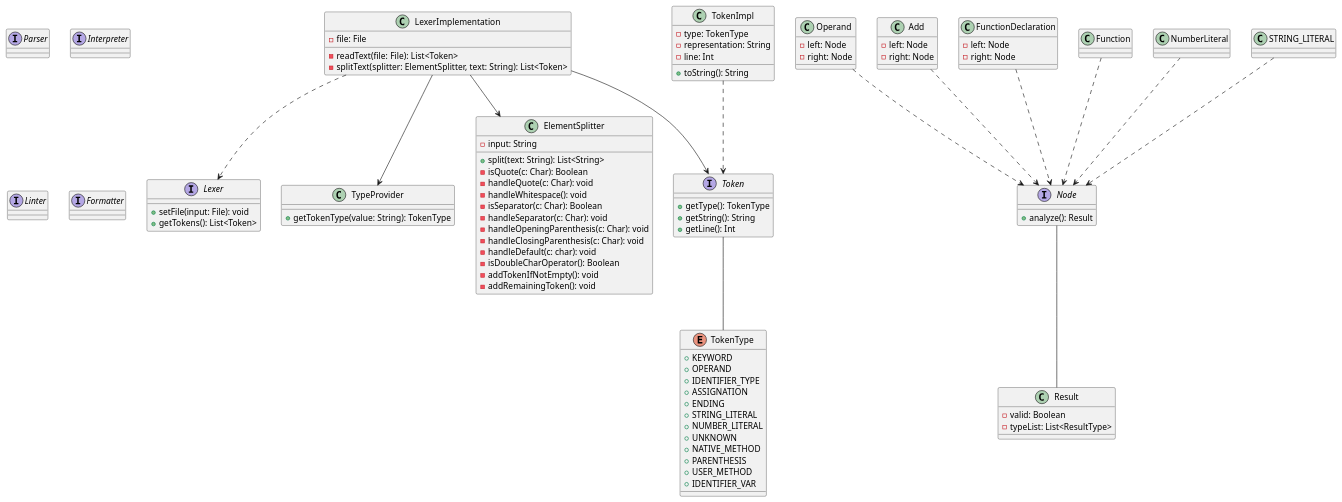
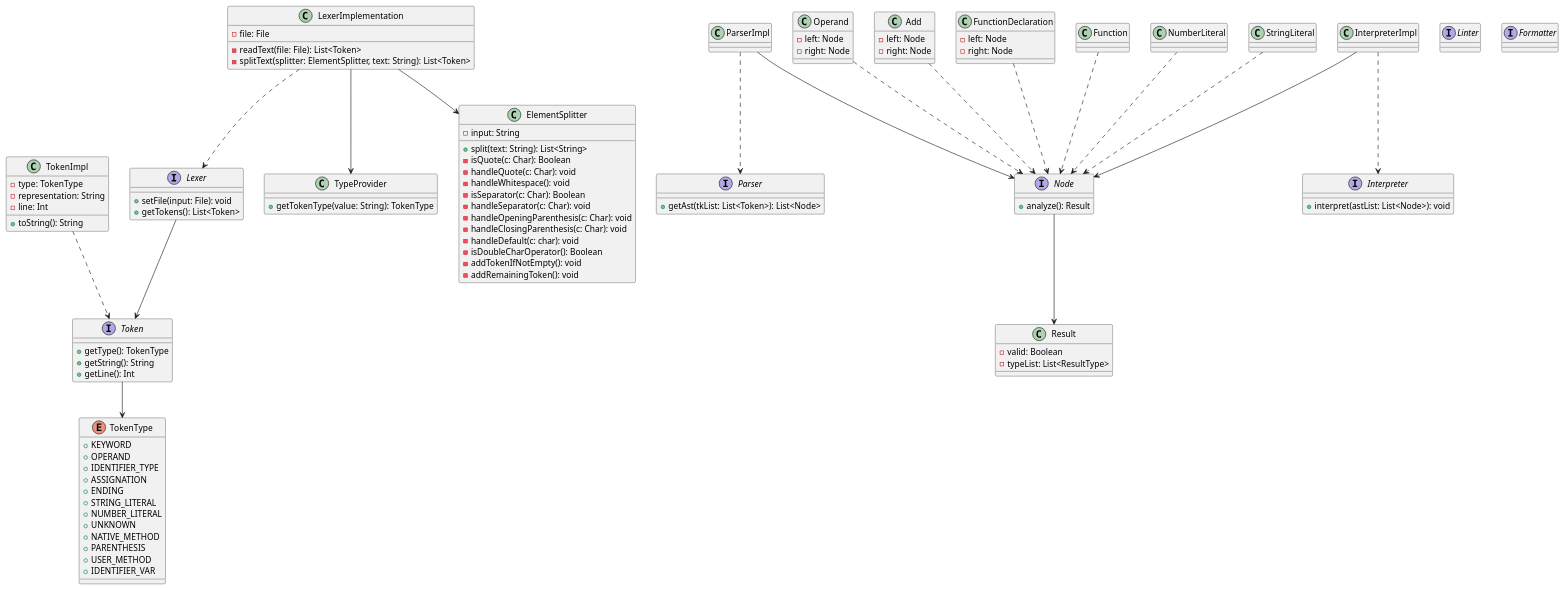
One commit to PrintScript8/PrintScript changed the diagram in PrintScriptUML.puml. Above: the diagram before and after it, drawn with PlantUML.

Commit message:
PlantUML actualizado

```diff
--- a/PrintScriptUML.puml
+++ b/PrintScriptUML.puml
@@ -1,120 +1,133 @@
 @startuml
 
 interface Lexer {
 + setFile(input: File): void
 + getTokens(): List<Token>
 }
 
 interface Token {
 + getType(): TokenType
 + getString(): String
 + getLine(): Int
 }
 
 class TokenImpl {
 - type: TokenType
 - representation: String
 - line: Int
 + toString(): String
 }
 
 enum TokenType {
 + KEYWORD
 + OPERAND
 + IDENTIFIER_TYPE
 + ASSIGNATION
 + ENDING
 + STRING_LITERAL
 + NUMBER_LITERAL
 + UNKNOWN
 + NATIVE_METHOD
 + PARENTHESIS
 + USER_METHOD
 + IDENTIFIER_VAR
 }
 
 class TypeProvider {
 + getTokenType(value: String): TokenType
 }
 
 class LexerImplementation {
 - file: File
 - readText(file: File): List<Token>
 - splitText(splitter: ElementSplitter, text: String): List<Token>
 }
 
 class ElementSplitter {
 - input: String
 + split(text: String): List<String>
 - isQuote(c: Char): Boolean
 - handleQuote(c: Char): void
 - handleWhitespace(): void
 - isSeparator(c: Char): Boolean
 - handleSeparator(c: Char): void
 - handleOpeningParenthesis(c: Char): void
 - handleClosingParenthesis(c: Char): void
 - handleDefault(c: char): void
 - isDoubleCharOperator(): Boolean
 - addTokenIfNotEmpty(): void
 - addRemainingToken(): void
 }
 
 interface Parser {
++getAst(tkList: List<Token>): List<Node>
+}
+
+class ParserImpl {
+
 }
 
 interface Interpreter {
++interpret(astList: List<Node>): void
+}
+
+class InterpreterImpl {
 }
 
 interface Linter {
 }
 
 interface Formatter {
 }
 
 interface Node {
 +analyze(): Result
 }
 
 class Result {
 -valid: Boolean
 -typeList: List<ResultType>
 }
 
 class Operand {
 -left: Node
 -right: Node
 }
 
 class Add {
 -left: Node
 -right: Node
 }
 
 class FunctionDeclaration {
 -left: Node
 -right: Node
 }
 
 class Function {
 }
 
 class NumberLiteral {
 }
-class STRING_LITERAL {
+class StringLiteral {
 }
 
 LexerImplementation ..> Lexer
 LexerImplementation --> ElementSplitter
 LexerImplementation --> TypeProvider
-LexerImplementation --> Token
+Lexer --> Token
 TokenImpl ..> Token
-Token -- TokenType
-Node -- Result
+Token --> TokenType
+Node --> Result
 Operand ..> Node
 Add ..> Node
 FunctionDeclaration ..> Node
 Function ..> Node
 NumberLiteral ..> Node
-STRING_LITERAL ..> Node
+StringLiteral ..> Node
+ParserImpl ..> Parser
+ParserImpl --> Node
+InterpreterImpl ..> Interpreter
+InterpreterImpl --> Node
 
 @enduml
```
